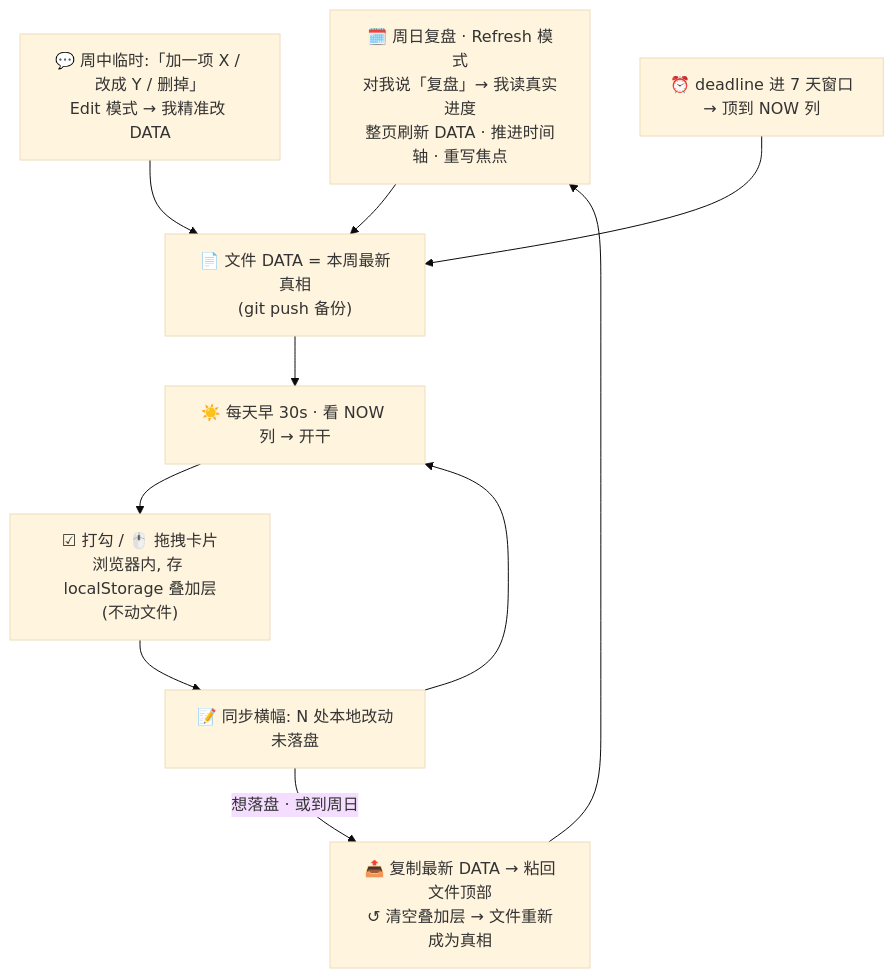
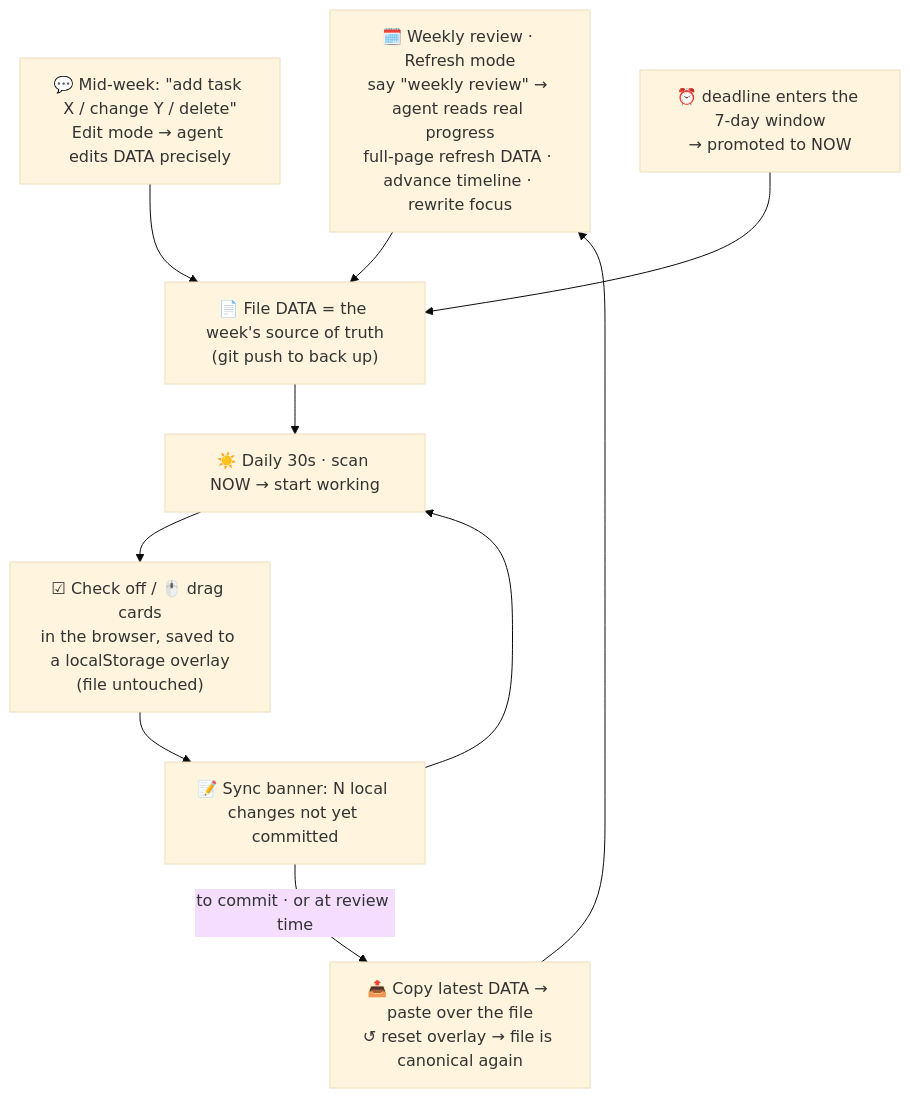
Before and after one commit to suzyeth/life-kanban: the diagram in README.md, drawn with Mermaid (base theme). The commit also changed other lines of this file and 5 other files, not shown here.

````diff
--- a/README.md
+++ b/README.md
@@ -27,16 +29,16 @@
 ```mermaid
 flowchart TD
-  R["🗓️ 周日复盘 · Refresh 模式<br/>对我说「复盘」→ 我读真实进度<br/>整页刷新 DATA · 推进时间轴 · 重写焦点"]
-  R --> NEW["📄 文件 DATA = 本周最新真相<br/>(git push 备份)"]
+  R["🗓️ Weekly review · Refresh mode<br/>say &quot;weekly review&quot; → agent reads real progress<br/>full-page refresh DATA · advance timeline · rewrite focus"]
+  R --> NEW["📄 File DATA = the week's source of truth<br/>(git push to back up)"]
 
-  NEW --> G["☀️ 每天早 30s · 看 NOW 列 → 开干"]
-  G --> T["☑ 打勾 / 🖱️ 拖拽卡片<br/>浏览器内, 存 localStorage 叠加层<br/>(不动文件)"]
-  T --> B["📝 同步横幅: N 处本地改动未落盘"]
+  NEW --> G["☀️ Daily 30s · scan NOW → start working"]
+  G --> T["☑ Check off / 🖱️ drag cards<br/>in the browser, saved to a localStorage overlay<br/>(file untouched)"]
+  T --> B["📝 Sync banner: N local changes not yet committed"]
   B --> G
 
-  IN1["💬 周中临时:「加一项 X / 改成 Y / 删掉」<br/>Edit 模式 → 我精准改 DATA"] --> NEW
-  IN2["⏰ deadline 进 7 天窗口<br/>→ 顶到 NOW 列"] --> NEW
+  IN1["💬 Mid-week: &quot;add task X / change Y / delete&quot;<br/>Edit mode → agent edits DATA precisely"] --> NEW
+  IN2["⏰ deadline enters the 7-day window<br/>→ promoted to NOW"] --> NEW
 
-  B -->|"想落盘 · 或到周日"| S["📤 复制最新 DATA → 粘回文件顶部<br/>↺ 清空叠加层 → 文件重新成为真相"]
+  B -->|"to commit · or at review time"| S["📤 Copy latest DATA → paste over the file<br/>↺ reset overlay → file is canonical again"]
   S --> R
 ```
````
